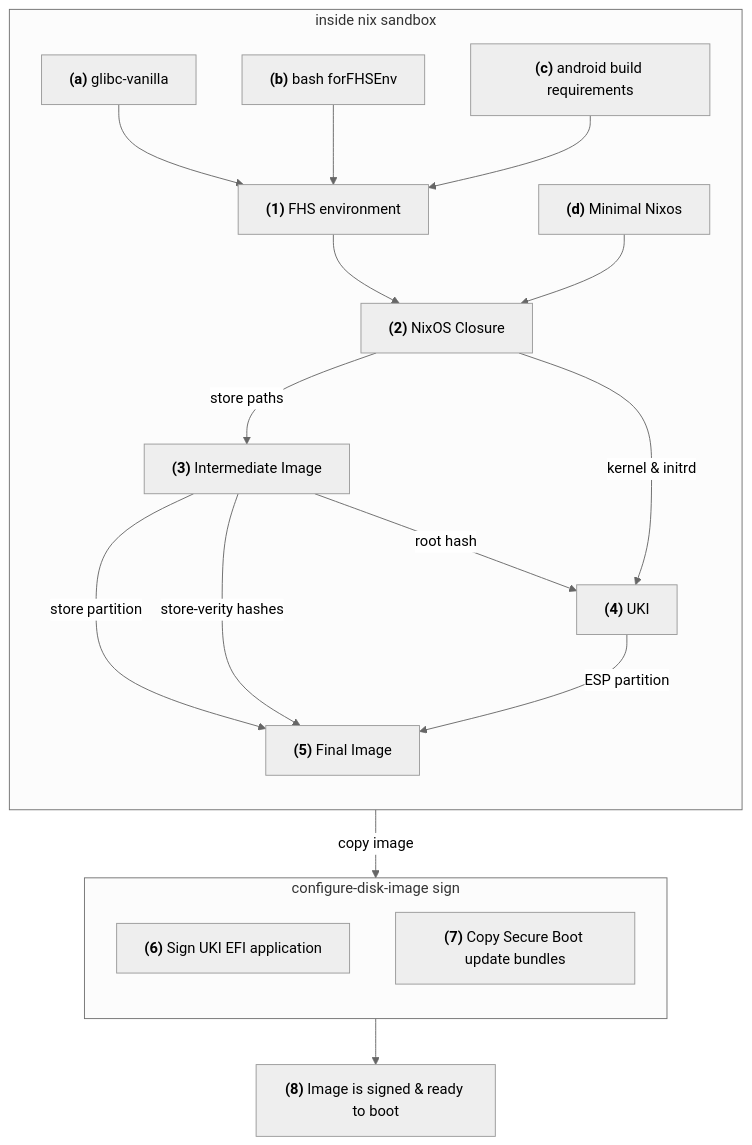
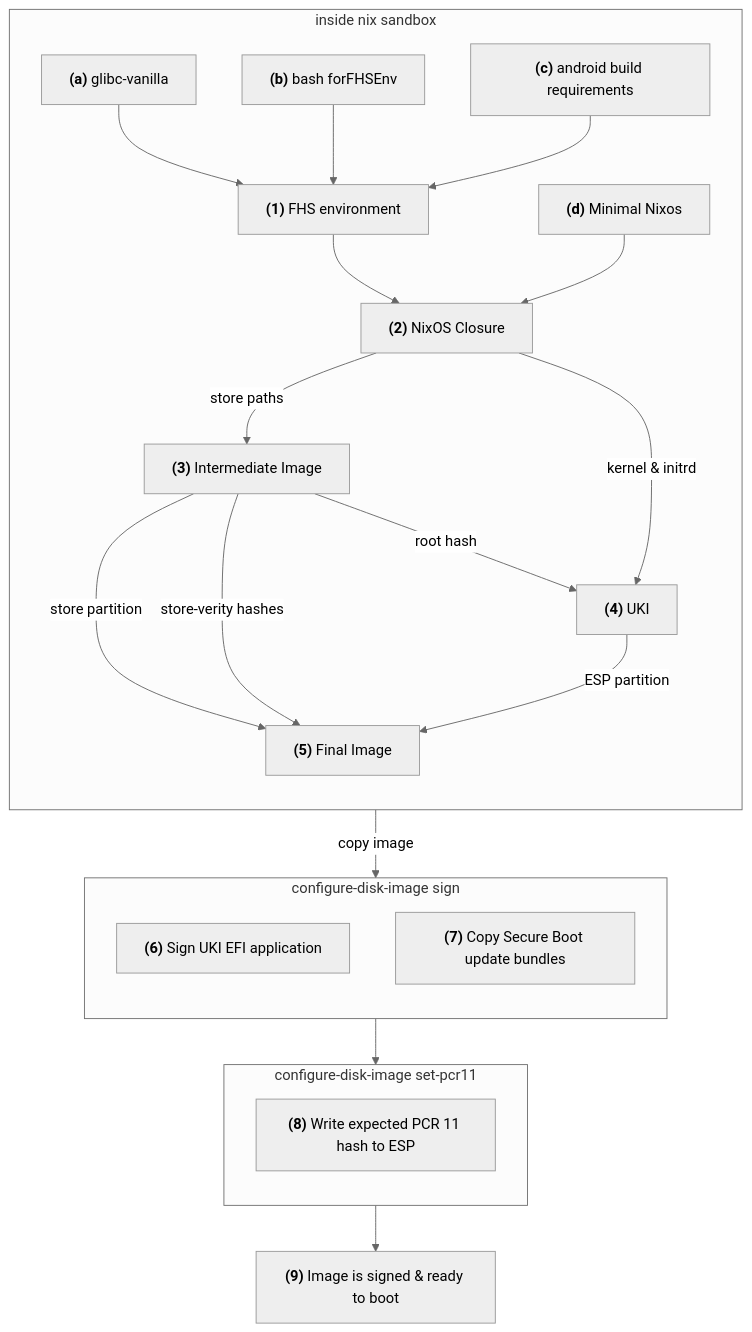
Before and after one commit to phaer/nixos-android-builder: the first of 2 diagrams in docs/docs.md, drawn with Mermaid. The commit also changed other lines of this file and 5 other files, not shown here.

First line of the commit message:
docs: update measured boot status, add set-pcr11 to build sequence, fix minor inconsistencies

```diff
--- a/docs/docs.md
+++ b/docs/docs.md
@@ -222,35 +222,41 @@
 ~~~mermaid
 ---
 config:
   theme: neutral
 ---
 flowchart TB
     subgraph nixbuild["inside nix sandbox"]
       direction TB
 
       fhsenv["<b>(1)</b> FHS environment"]
       glibc["<b>(a)</b> glibc-vanilla"] --> fhsenv 
       bash["<b>(b)</b> bash forFHSEnv"] --> fhsenv
       tools["<b>(c)</b> android build requirements"] --> fhsenv
       fhsenv --> nixos["<b>(2)</b> NixOS Closure" ]
       minimal-nixos["<b>(d)</b> Minimal Nixos"] --> nixos
       nixos -- store paths --> intermediate["<b>(3)</b> Intermediate Image" ]
       intermediate -- store partition --> final["<b>(5)</b> Final Image"]
       intermediate -- store-verity hashes --> final
       intermediate -- root hash --> uki["<b>(4)</b> UKI"]
       nixos -- kernel & initrd --> uki
       uki -- ESP partition  --> final
     end
 
     final -- copy image --> signing-script
     subgraph signing-script["configure-disk-image sign"]
       direction TB
 
       sign-uki["<b>(6)</b> Sign UKI EFI application"]
       copy-auth["<b>(7)</b> Copy Secure Boot update bundles"]
     end
 
-    signing-script --> signed
-    signed["<b>(8)</b> Image is signed & ready to boot"]
+    signing-script --> set-pcr11
+    subgraph set-pcr11["configure-disk-image set-pcr11"]
+      direction TB
+      inject-pcr11["<b>(8)</b> Write expected PCR 11 hash to ESP"]
+    end
+
+    set-pcr11 --> signed
+    signed["<b>(9)</b> Image is signed & ready to boot"]
 
 ~~~
```
